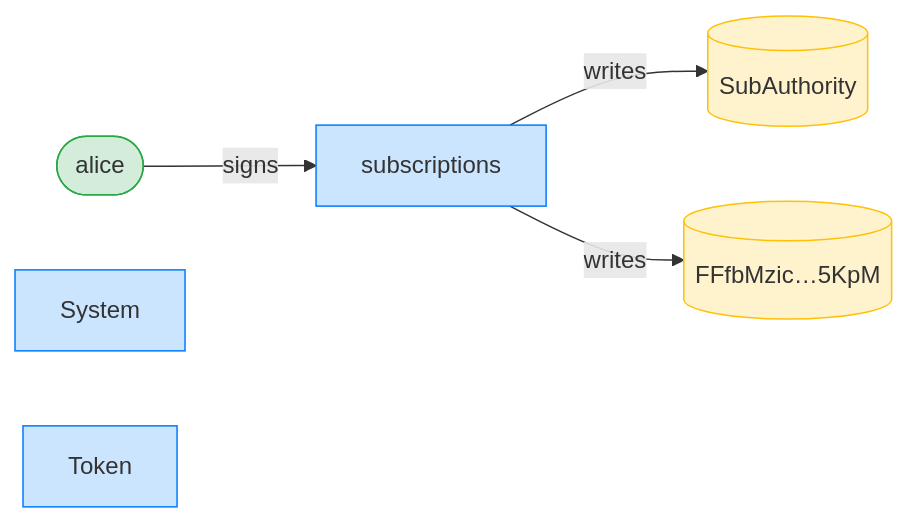
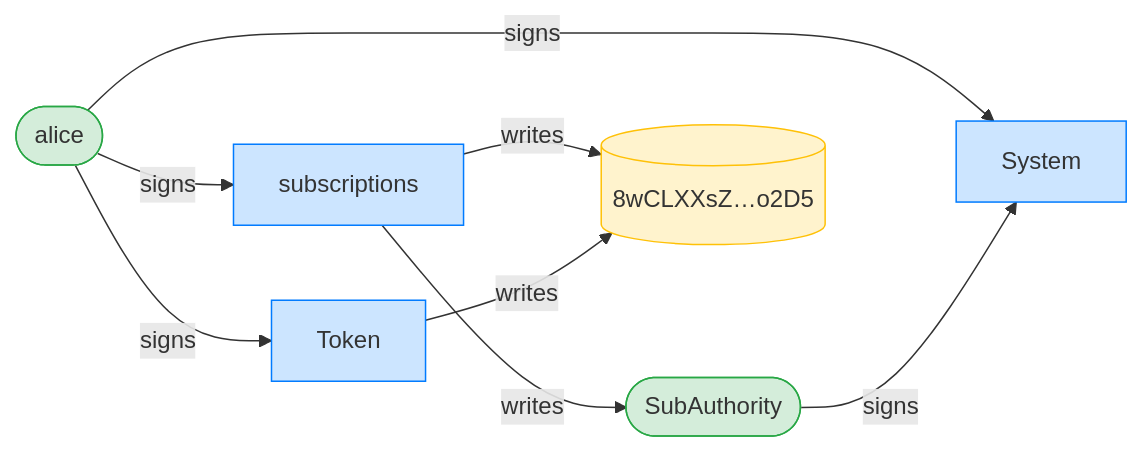
The third of 20 diagrams in dsl_tests/resume-rejects-a-mismatched-plan.md (cds-rs/subscriptions), drawn with Mermaid before and after one commit. The commit also changed other lines of this file and 224 other files, not shown here.

````diff
--- a/dsl_tests/resume-rejects-a-mismatched-plan.md
+++ b/dsl_tests/resume-rejects-a-mismatched-plan.md
@@ -55,15 +56,19 @@
 ```mermaid
 flowchart LR
     classDef signer fill:#d4edda,stroke:#28a745;
     classDef program fill:#cce5ff,stroke:#007bff;
     classDef writable fill:#fff3cd,stroke:#ffc107;
     subscriptions[subscriptions]:::program
     alice([alice]):::signer
-    SubAuthority[(SubAuthority)]:::writable
-    FFfbMzic_5KpM[("FFfbMzic…5KpM")]:::writable
+    SubAuthority([SubAuthority]):::signer
+    8wCLXXsZ_o2D5[("8wCLXXsZ…o2D5")]:::writable
     System[System]:::program
     Token[Token]:::program
     alice -->|signs| subscriptions
+    alice -->|signs| System
+    SubAuthority -->|signs| System
+    alice -->|signs| Token
     subscriptions -->|writes| SubAuthority
-    subscriptions -->|writes| FFfbMzic_5KpM
+    subscriptions -->|writes| 8wCLXXsZ_o2D5
+    Token -->|writes| 8wCLXXsZ_o2D5
 ```
````
